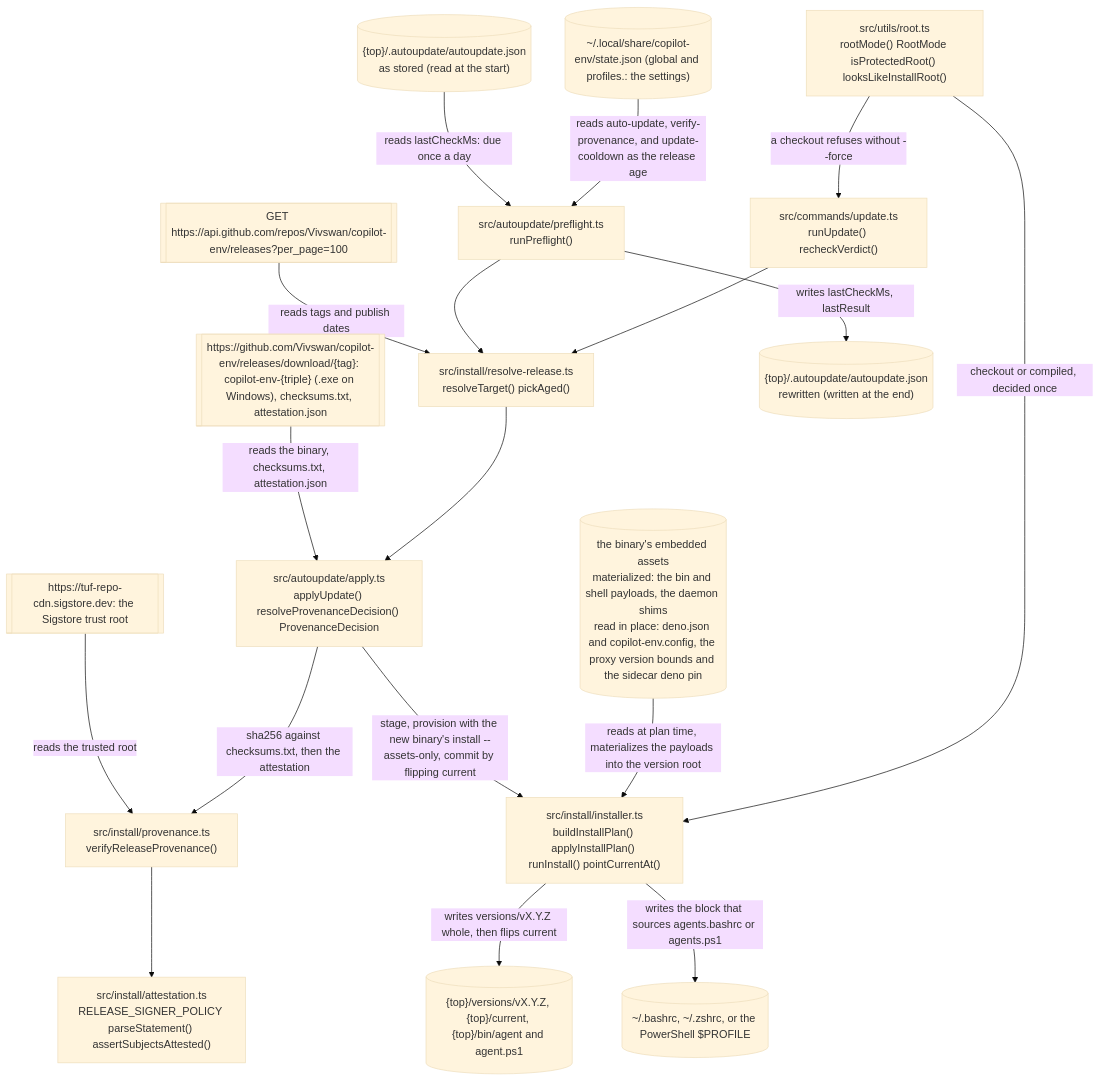
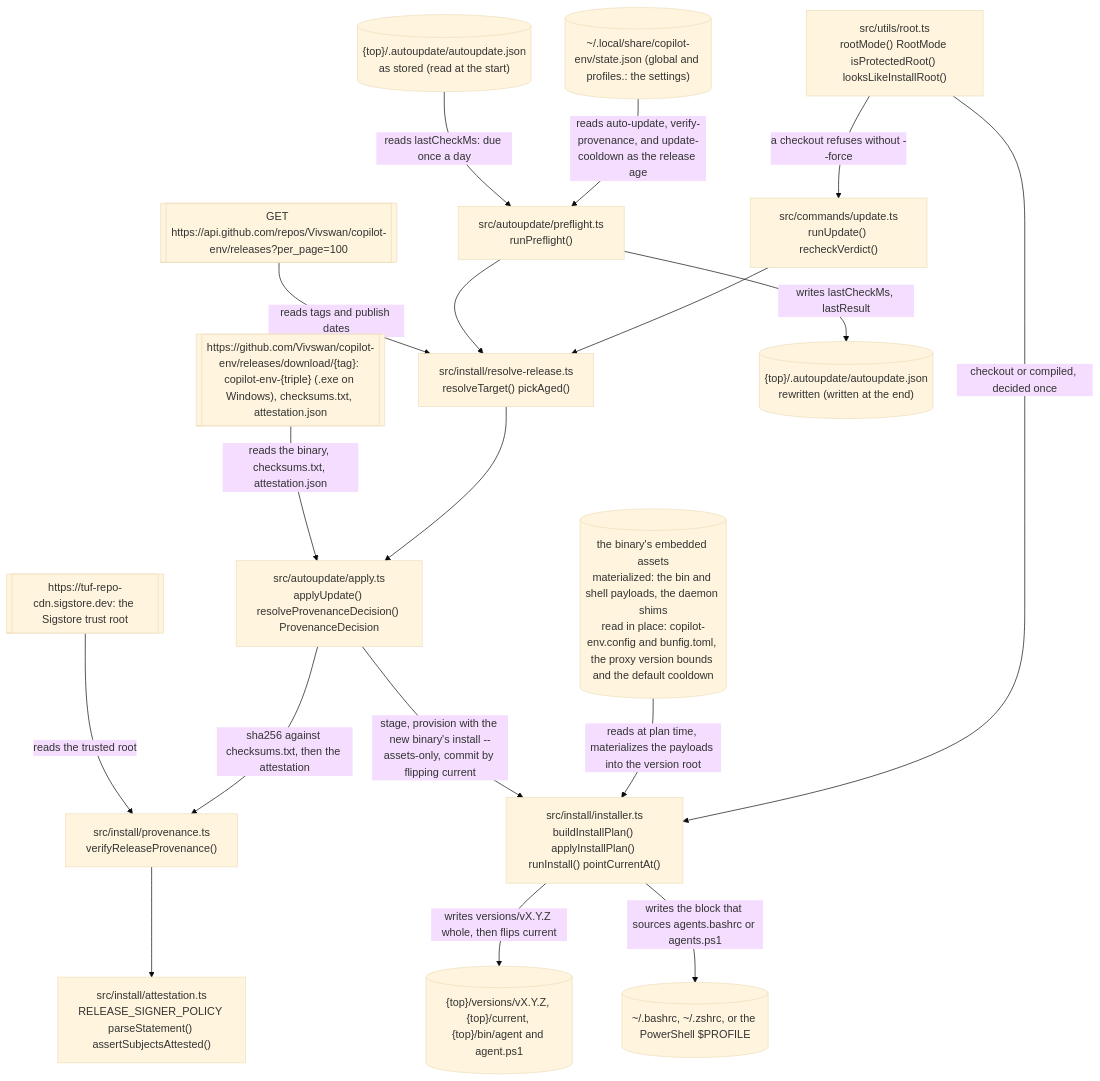
Before and after one commit to Vivswan/copilot-env: the sixth of 8 diagrams in docs/architecture.md, drawn with Mermaid (base theme). The commit also changed other lines of this file and 3 other files, not shown here.

First line of the commit message:
docs(daemon): the daemon runs from the binary, the float installs into the proxy home

````diff
--- a/docs/architecture.md
+++ b/docs/architecture.md
@@ -201,37 +202,37 @@
 ```mermaid
 flowchart TD
-  assets[("the binary's embedded assets<br>materialized: the bin and shell payloads, the daemon shims<br>read in place: deno.json and copilot-env.config, the proxy version bounds and the sidecar deno pin")]
+  assets[("the binary's embedded assets<br>materialized: the bin and shell payloads, the daemon shims<br>read in place: copilot-env.config and bunfig.toml, the proxy version bounds and the default cooldown")]
   releases[["GET https://api.github.com/repos/Vivswan/copilot-env/releases?per_page=100"]]
   download[["https://github.com/Vivswan/copilot-env/releases/download/{tag}: copilot-env-{triple} (.exe on Windows), checksums.txt, attestation.json"]]
   tuf[["https://tuf-repo-cdn.sigstore.dev: the Sigstore trust root"]]
   prefs[("~/.local/share/copilot-env/state.json (global and profiles.<name>: the settings)")]
   autostatein[("{top}/.autoupdate/autoupdate.json<br>as stored (read at the start)")]
   root["src/utils/root.ts<br>rootMode() RootMode isProtectedRoot() looksLikeInstallRoot()"]
   install["src/install/installer.ts<br>buildInstallPlan() applyInstallPlan() runInstall() pointCurrentAt()"]
   update["src/commands/update.ts<br>runUpdate() recheckVerdict()"]
   preflight["src/autoupdate/preflight.ts<br>runPreflight()"]
   release["src/install/resolve-release.ts<br>resolveTarget() pickAged()"]
   apply["src/autoupdate/apply.ts<br>applyUpdate() resolveProvenanceDecision() ProvenanceDecision"]
   prov["src/install/provenance.ts<br>verifyReleaseProvenance()"]
   att["src/install/attestation.ts<br>RELEASE_SIGNER_POLICY parseStatement() assertSubjectsAttested()"]
   layout[("{top}/versions/vX.Y.Z, {top}/current, {top}/bin/agent and agent.ps1")]
   rcfile[("~/.bashrc, ~/.zshrc, or the PowerShell $PROFILE")]
   autostateout[("{top}/.autoupdate/autoupdate.json<br>rewritten (written at the end)")]
   root -->|"checkout or compiled, decided once"| install
   root -->|"a checkout refuses without --force"| update
   assets -->|"reads at plan time, materializes the payloads into the version root"| install
   prefs -->|"reads auto-update, verify-provenance, and update-cooldown as the release age"| preflight
   autostatein -->|"reads lastCheckMs: due once a day"| preflight
   update --> release
   preflight --> release
   releases -->|"reads tags and publish dates"| release
   release --> apply
   download -->|"reads the binary, checksums.txt, attestation.json"| apply
   apply -->|"sha256 against checksums.txt, then the attestation"| prov
   tuf -->|"reads the trusted root"| prov
   prov --> att
   apply -->|"stage, provision with the new binary's install --assets-only, commit by flipping current"| install
   install -->|"writes versions/vX.Y.Z whole, then flips current"| layout
   install -->|"writes the block that sources agents.bashrc or agents.ps1"| rcfile
   preflight -->|"writes lastCheckMs, lastResult"| autostateout
 ```
````
